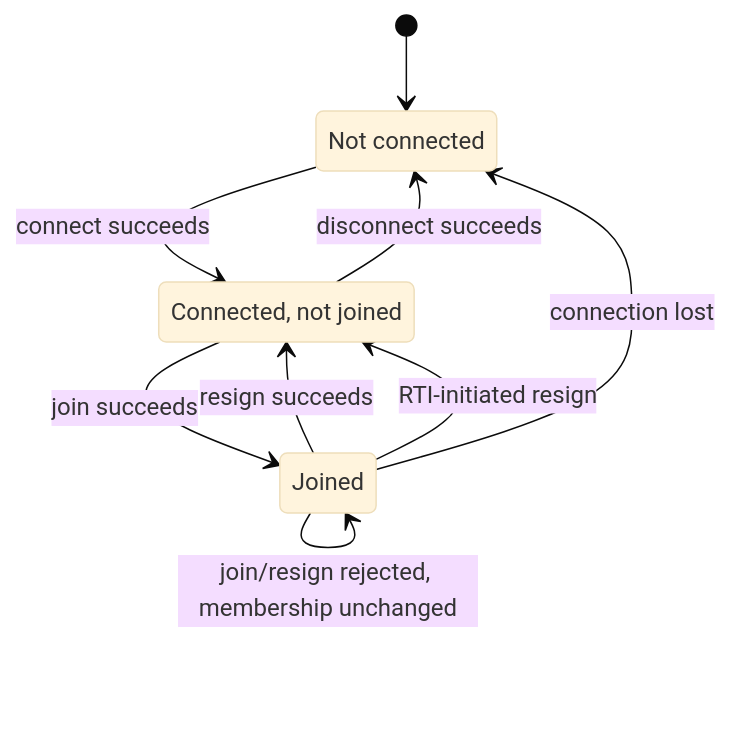
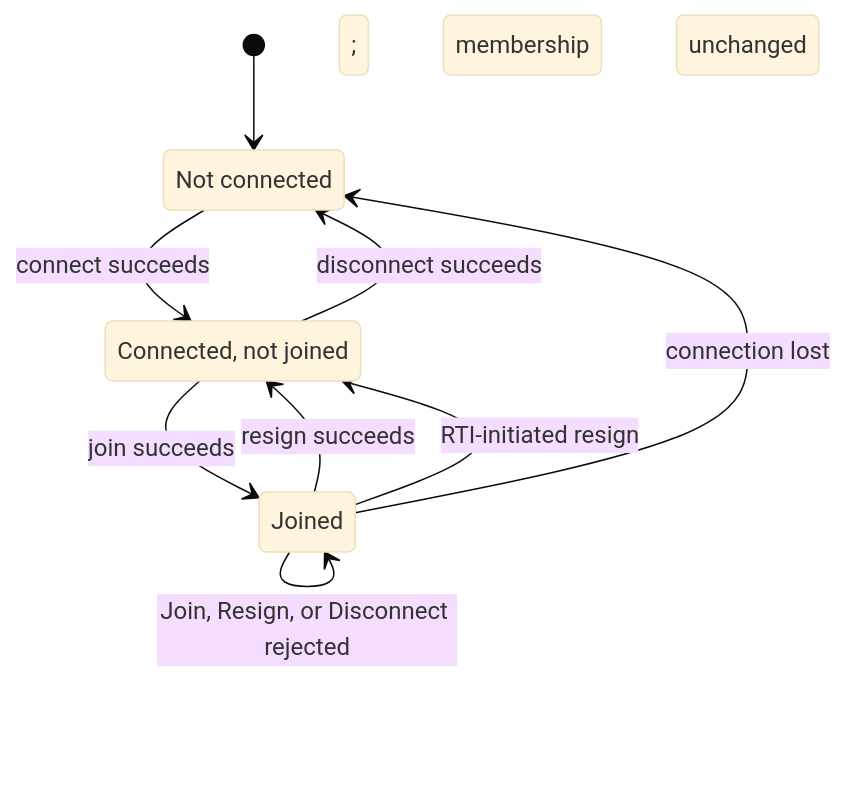
The second of 15 diagrams in docs/design/HLA-2025-FEDERATION-AND-FEDERATE-LIFECYCLE-FLOW-GUIDE.md (sheepfling/umbra), drawn with Mermaid (base theme) before and after one commit. The commit also changed other lines of this file and 822 other files, not shown here.

````diff
--- a/docs/design/HLA-2025-FEDERATION-AND-FEDERATE-LIFECYCLE-FLOW-GUIDE.md
+++ b/docs/design/HLA-2025-FEDERATION-AND-FEDERATE-LIFECYCLE-FLOW-GUIDE.md
@@ -57,15 +107,15 @@
 ```mermaid
 stateDiagram-v2
   state "Not connected" as NotConnected
   state "Connected, not joined" as NotJoined
   state "Joined" as Joined
 
   [*] --> NotConnected
   NotConnected --> NotJoined: connect succeeds
   NotJoined --> Joined: join succeeds
   Joined --> NotJoined: resign succeeds
   Joined --> NotJoined: RTI-initiated resign
   Joined --> NotConnected: connection lost
   NotJoined --> NotConnected: disconnect succeeds
-  Joined --> Joined: join/resign rejected, membership unchanged
+  Joined --> Joined: Join, Resign, or Disconnect rejected; membership unchanged
 ```
````
